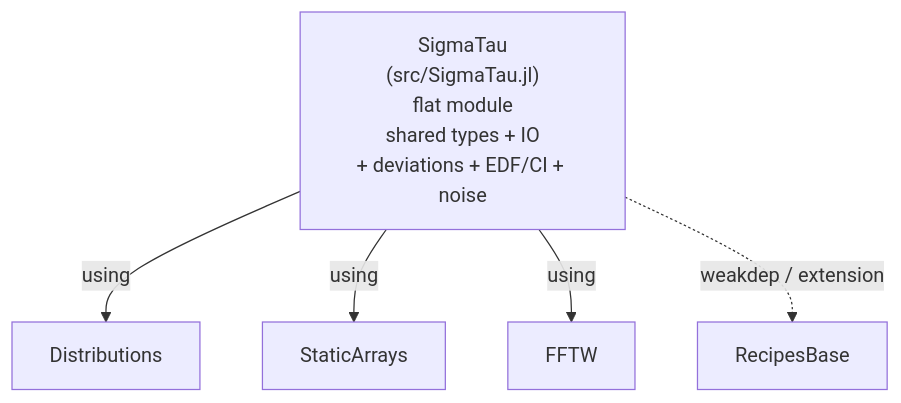
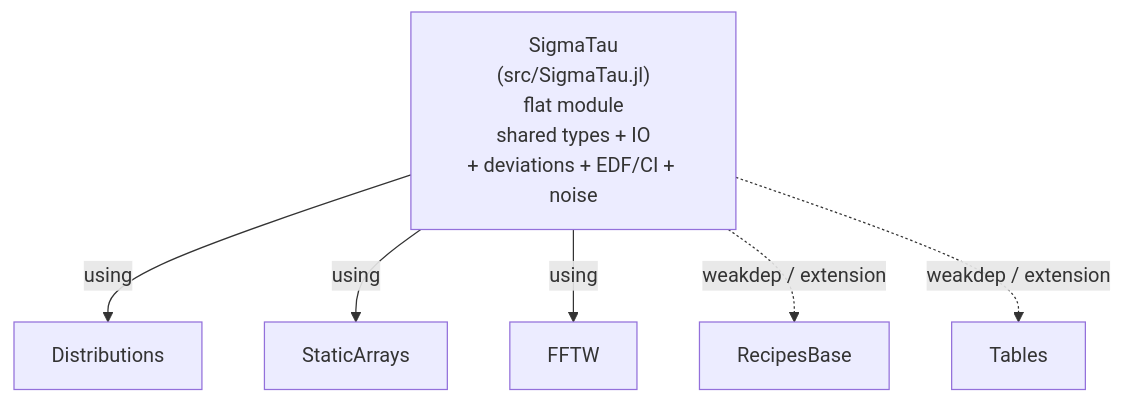
One commit to ianlap/SigmaTau.jl changed the diagram in project_overview.md. Above: the diagram before and after it, drawn with Mermaid. The commit also changed other lines of this file and 31 other files, not shown here.

````diff
--- a/project_overview.md
+++ b/project_overview.md
@@ -17,8 +17,9 @@
 ```mermaid
 graph TD
     ST["SigmaTau<br/>(src/SigmaTau.jl)<br/>flat module<br/>shared types + IO<br/>+ deviations + EDF/CI + noise"]
     ST -->|"using"| Distributions
     ST -->|"using"| StaticArrays
     ST -->|"using"| FFTW
     ST -.->|"weakdep / extension"| RecipesBase
+    ST -.->|"weakdep / extension"| Tables
 ```
````
